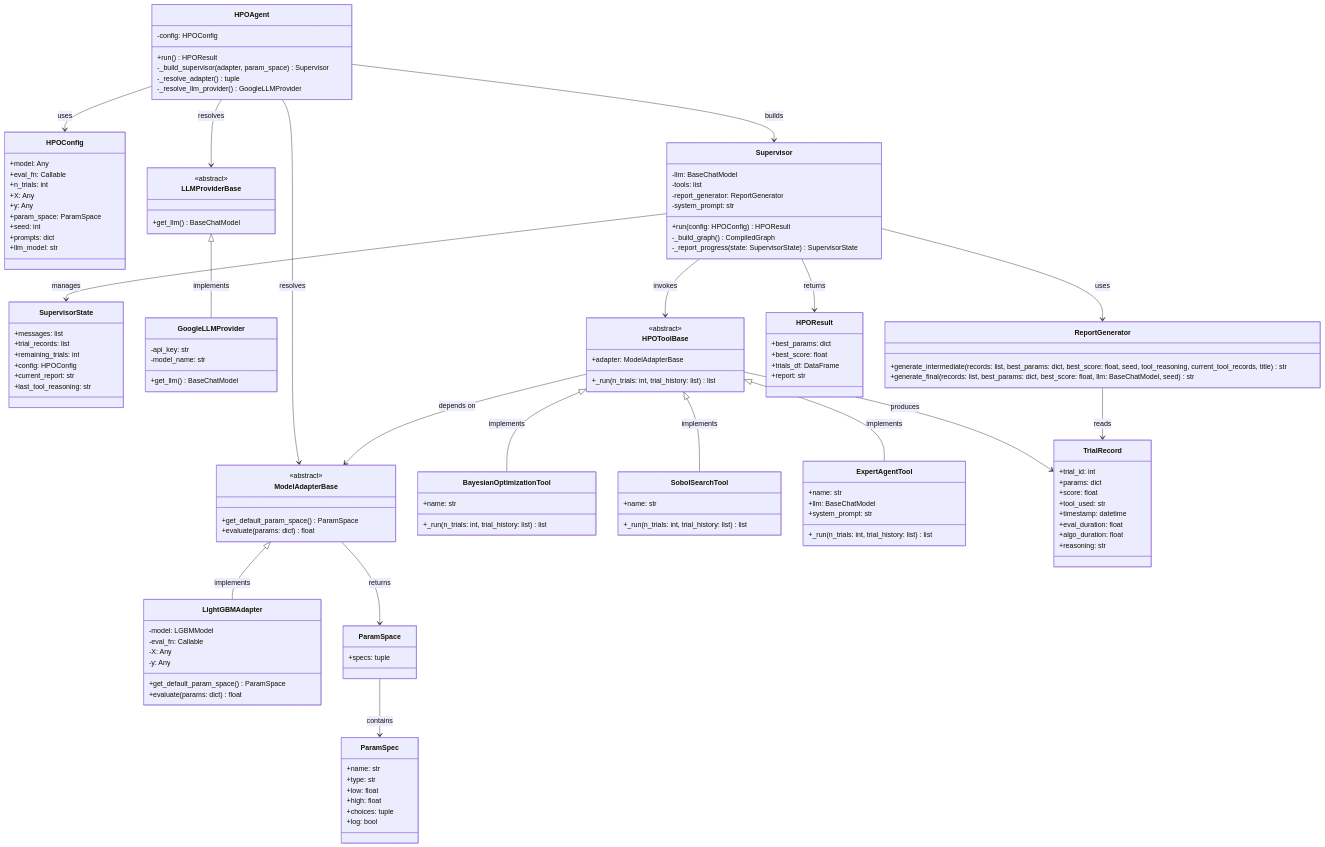
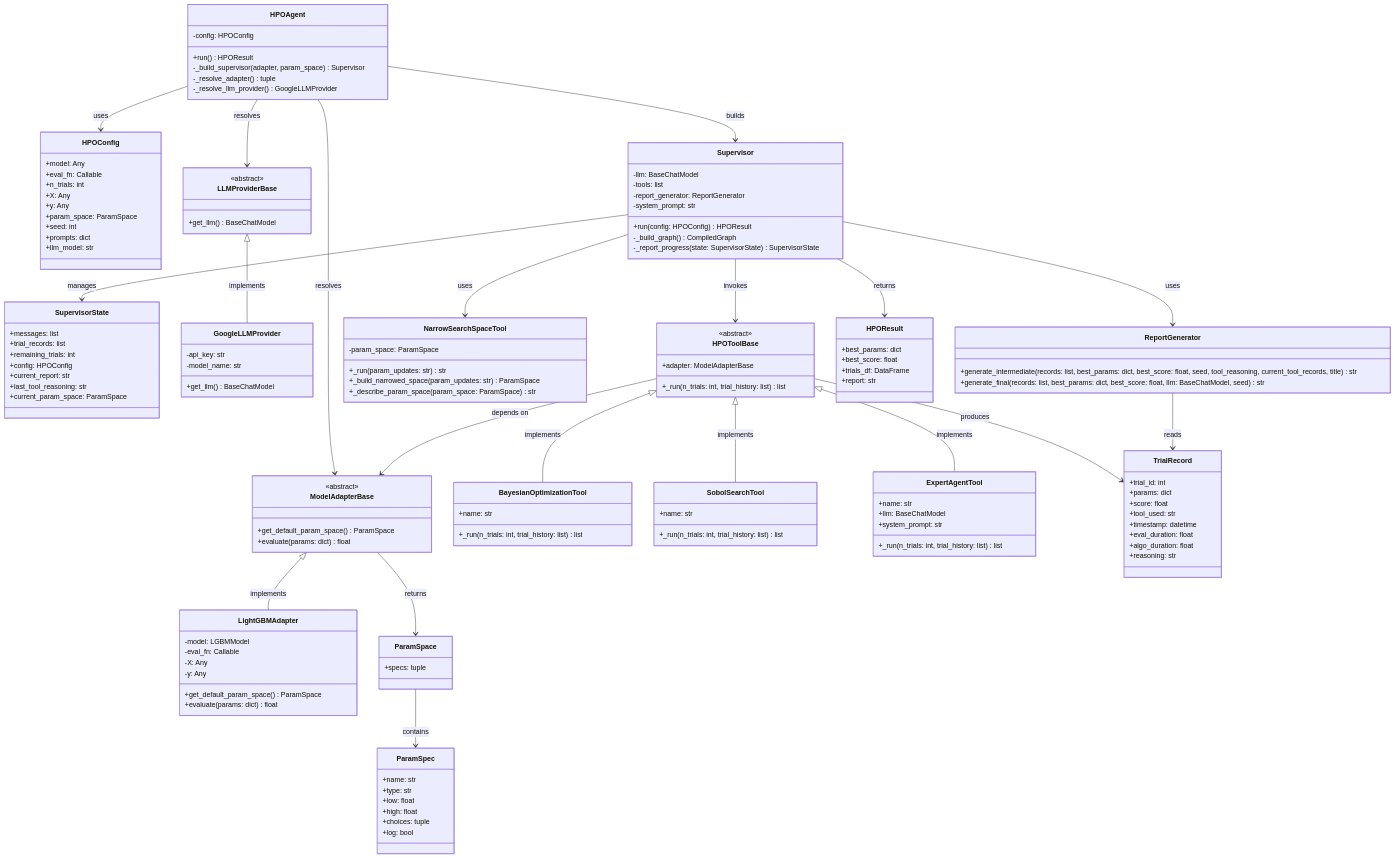
One commit to usha-takeshige/HPO-Agent changed the third of 3 diagrams in doc/impl_design.md. Above: the diagram before and after it, drawn with Mermaid. The commit also changed other lines of this file, not shown here.

Commit message:
docs: add NarrowSearchSpaceTool and update SupervisorState in impl_design.md #12

```diff
--- a/doc/impl_design.md
+++ b/doc/impl_design.md
@@ -647,6 +672,7 @@
         +config: HPOConfig
         +current_report: str
         +last_tool_reasoning: str
+        +current_param_space: ParamSpace
     }
 
     class LLMProviderBase {
@@ -698,6 +724,13 @@
         +_run(n_trials: int, trial_history: list) list
     }
 
+    class NarrowSearchSpaceTool {
+        -param_space: ParamSpace
+        +_run(param_updates: str) str
+        +_build_narrowed_space(param_updates: str) ParamSpace
+        +_describe_param_space(param_space: ParamSpace) str
+    }
+
     class ReportGenerator {
         +generate_intermediate(records: list, best_params: dict, best_score: float, seed, tool_reasoning, current_tool_records, title) str
         +generate_final(records: list, best_params: dict, best_score: float, llm: BaseChatModel, seed) str
@@ -745,6 +778,7 @@
     HPOToolBase <|-- SobolSearchTool : implements
     HPOToolBase <|-- ExpertAgentTool : implements
 
+    Supervisor --> NarrowSearchSpaceTool : uses
     Supervisor --> SupervisorState : manages
     Supervisor --> HPOToolBase : invokes
     Supervisor --> ReportGenerator : uses
```
